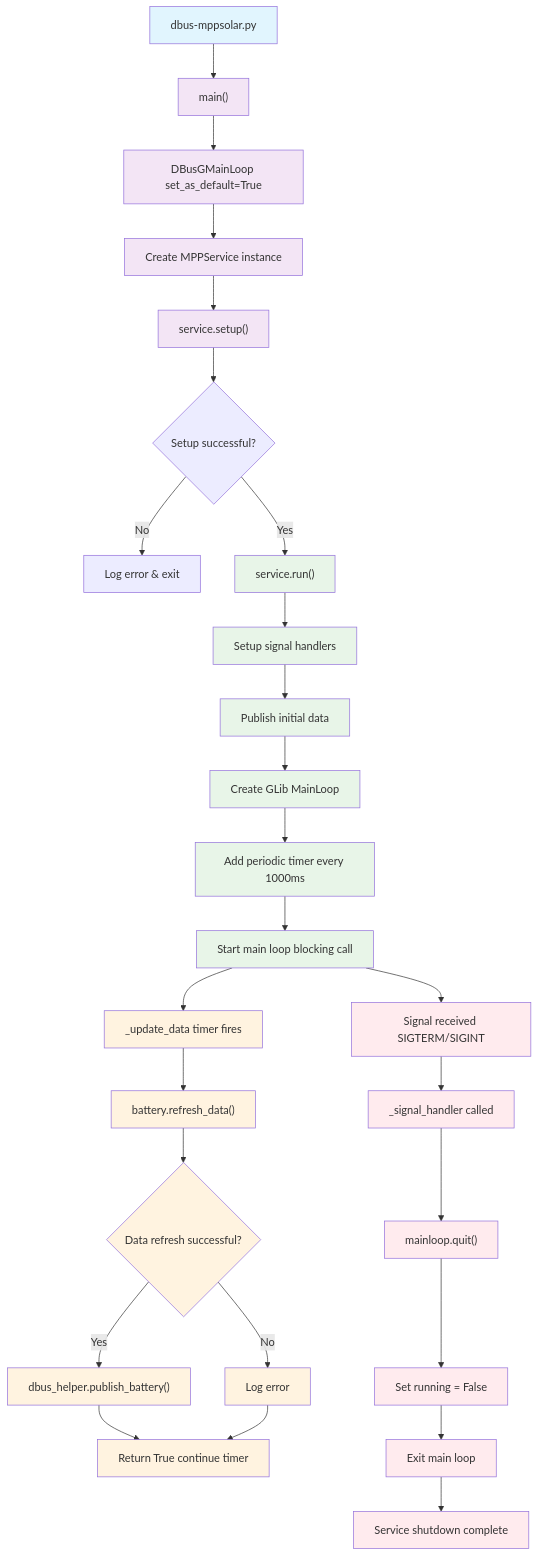
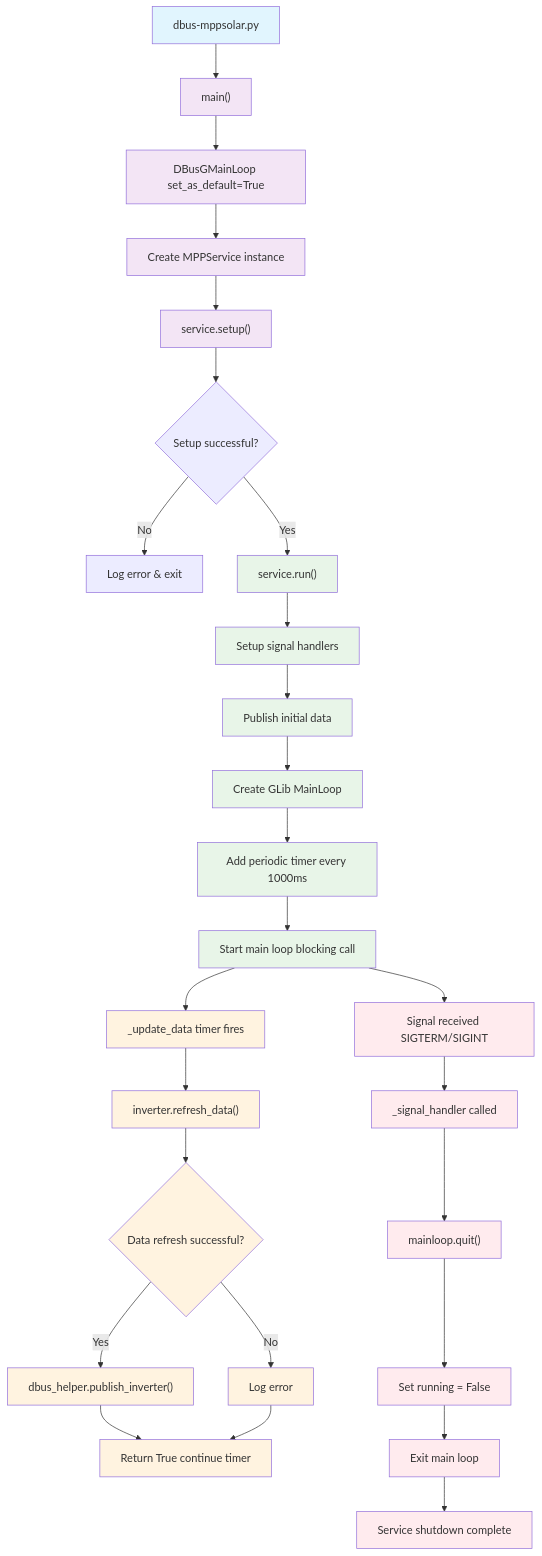
Before and after one commit to spacecabbie/dbus-mppsolarv2: the second of 4 diagrams in README.md, drawn with Mermaid. The commit also changed other lines of this file and 13 other files, not shown here.

````diff
--- a/README.md
+++ b/README.md
@@ -650,43 +650,43 @@
 ```mermaid
 flowchart TD
     A["dbus-mppsolar.py"] --> B["main()"]
     B --> C["DBusGMainLoop set_as_default=True"]
     C --> D["Create MPPService instance"]
     D --> E["service.setup()"]
     E --> F{"Setup successful?"}
     F -->|"No"| G["Log error & exit"]
     F -->|"Yes"| H["service.run()"]
 
     H --> I["Setup signal handlers"]
     I --> J["Publish initial data"]
     J --> K["Create GLib MainLoop"]
     K --> L["Add periodic timer every 1000ms"]
     L --> M["Start main loop blocking call"]
 
     M --> N["_update_data timer fires"]
-    N --> O["battery.refresh_data()"]
+    N --> O["inverter.refresh_data()"]
     O --> P{"Data refresh successful?"}
-    P -->|"Yes"| Q["dbus_helper.publish_battery()"]
+    P -->|"Yes"| Q["dbus_helper.publish_inverter()"]
     P -->|"No"| R["Log error"]
     Q --> S["Return True continue timer"]
     R --> S
 
     M --> T["Signal received SIGTERM/SIGINT"]
     T --> U["_signal_handler called"]
     U --> V["mainloop.quit()"]
     V --> W["Set running = False"]
     W --> X["Exit main loop"]
     X --> Y["Service shutdown complete"]
 
     classDef entry fill:#e1f5fe
     classDef setup fill:#f3e5f5
     classDef runtime fill:#e8f5e8
     classDef update fill:#fff3e0
     classDef shutdown fill:#ffebee
 
     class A entry
     class B,C,D,E setup
     class H,I,J,K,L,M runtime
     class N,O,P,Q,R,S update
     class T,U,V,W,X,Y shutdown
 ```
````
